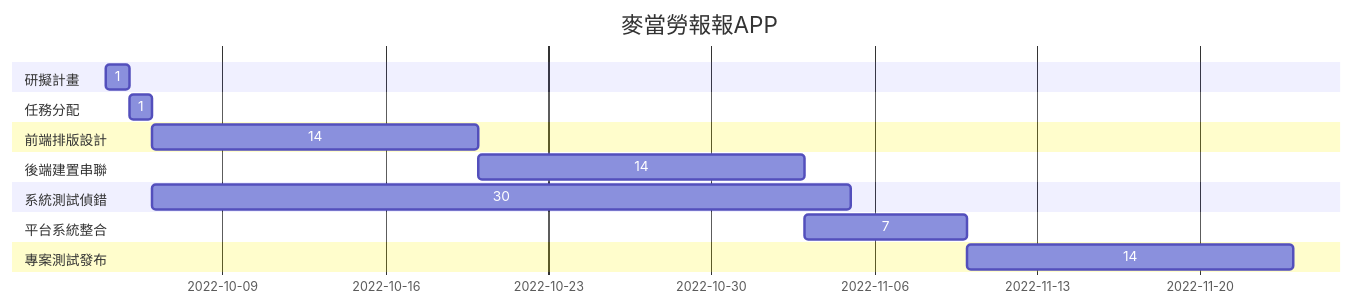
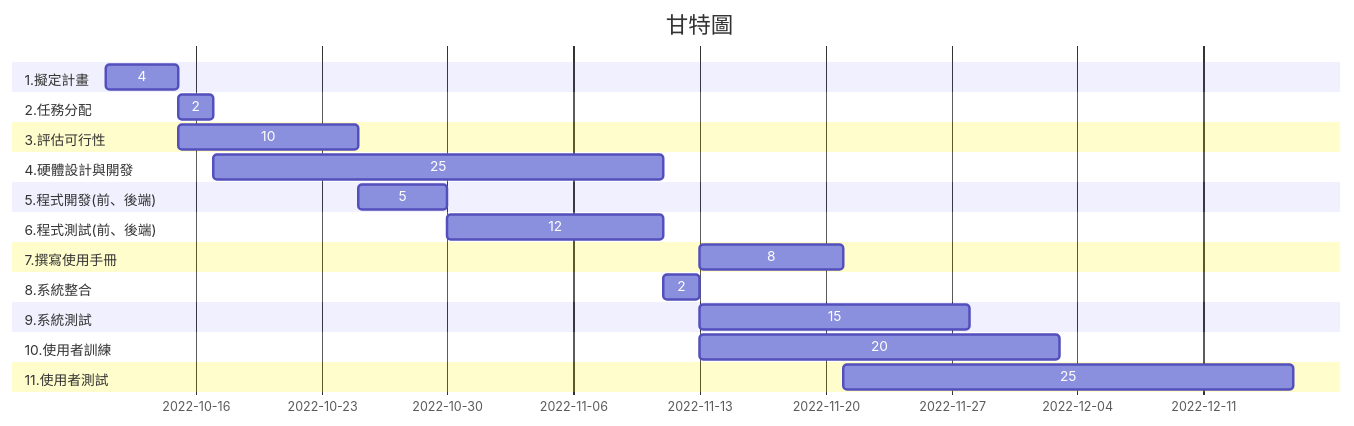
One commit to sean89858448/111-1_SA-D_group11 changed the diagram in README.md. Above: the diagram before and after it, drawn with Mermaid. The commit also changed other lines of this file, not shown here.

````diff
--- a/README.md
+++ b/README.md
@@ -41,26 +45,40 @@
 ```mermaid
 gantt
-    title 麥當勞報報APP
+    title 甘特圖
+
     
-    section 研擬計畫
-    1       :a1, 2022-10-04, 1d
+
+    section 1.擬定計畫
+    4       :a1,2022-10-11, 4d
    
-    section 任務分配
-    1       :a2, after a1  , 1d
+    section 2.任務分配
+    2       :a2, after a1  , 2d
     
-    section 前端排版設計
-    14      :a3, after a2 , 14d
+    section 3.評估可行性
+    10      :a3, after a1 , 10d
     
-    section 後端建置串聯
-    14      :a4, after a3  , 14d
+    section 4.硬體設計與開發
+    25      :a4, after a2  , 25d
     
-    section 系統測試偵錯
-    30      :a5, after a2  , 30d
+    section 5.程式開發(前、後端)
+    5      :a5, after a3  , 5d
     
-    section 平台系統整合
-    7      :a6, after a4  , 7d
+    section 6.程式測試(前、後端)
+    12      :a6, after a5  , 12d
     
-    section 專案測試發布
-    14      :a7, after a6  , 14d
+    section 7.撰寫使用手冊
+    8      :a7, after a8  , 8d
+    
+    section 8.系統整合
+    2      :a8, after a4  , 2d
+    
+    section 9.系統測試
+    15      :a9, after a8  , 15d
+    
+    section 10.使用者訓練
+    20      :a10, after a8  , 20d
+    
+    section 11.使用者測試
+    25      :a11, after a7  , 25d
    
 ```
````
